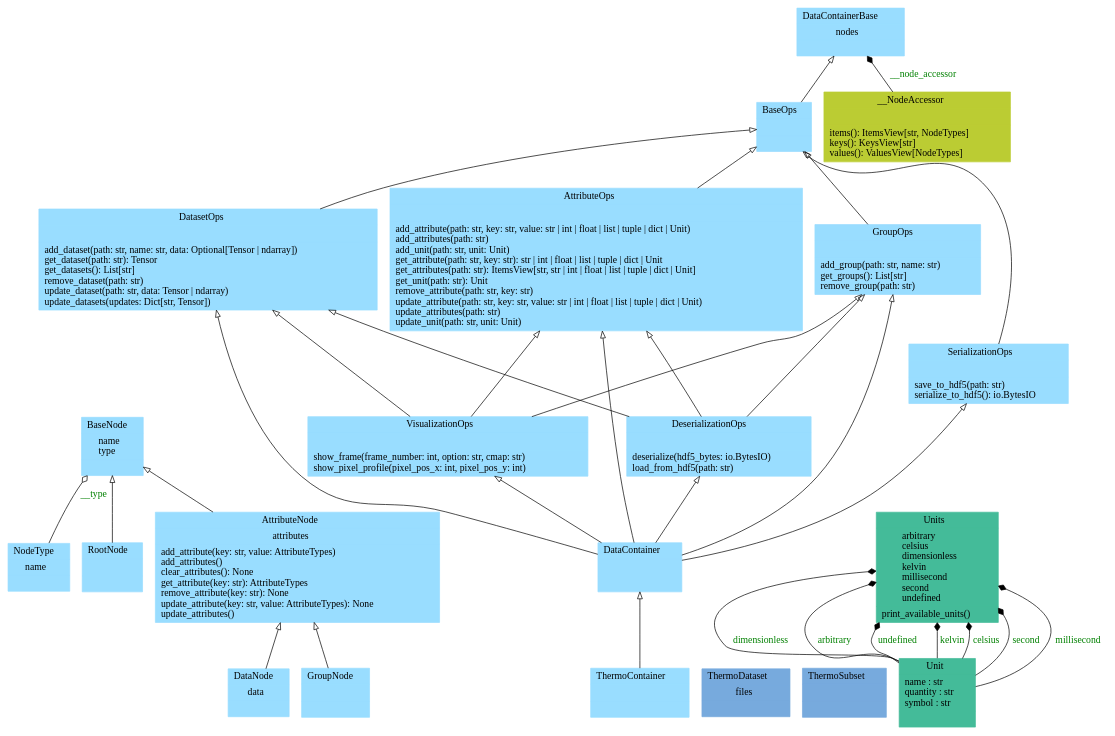
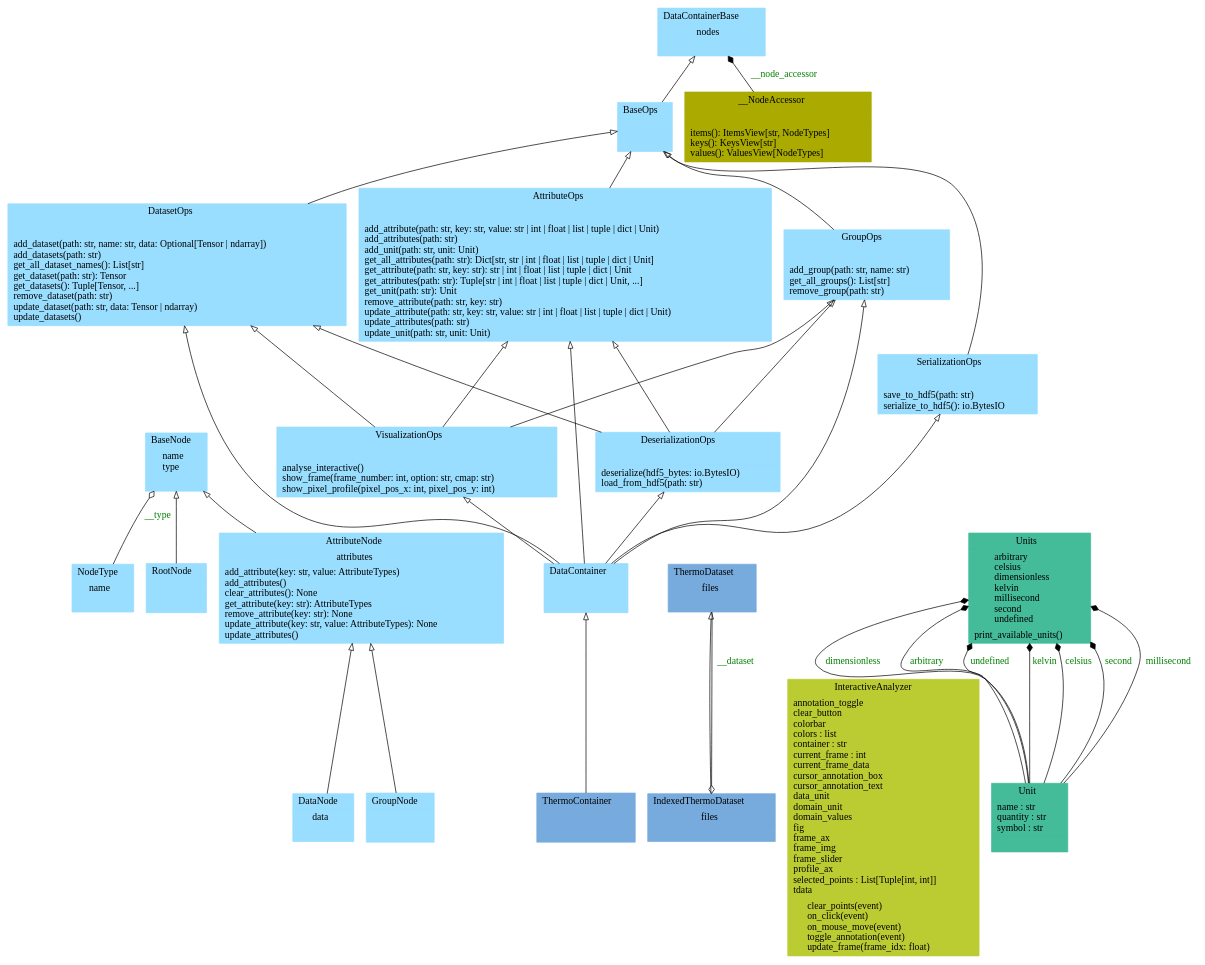
Before and after one commit to voidsy-gmbh/pyThermoNDT: the diagram in docs/pyreverse/classes_pythermondt.data.gv, drawn with Graphviz. The commit also changed 21 other files, not shown here.

Commit message:
Update pyreverse diagrams

```diff
--- a/docs/pyreverse/classes_pythermondt.data.gv
+++ b/docs/pyreverse/classes_pythermondt.data.gv
@@ -2,26 +2,27 @@
 rankdir=BT
 charset="utf-8"
 "pythermondt.data.datacontainer.node.AttributeNode" [color="#99DDFF", fontcolor="black", label=<{AttributeNode|attributes<br ALIGN="LEFT"/>|add_attribute(key: str, value: AttributeTypes)<br ALIGN="LEFT"/>add_attributes()<br ALIGN="LEFT"/>clear_attributes(): None<br ALIGN="LEFT"/>get_attribute(key: str): AttributeTypes<br ALIGN="LEFT"/>remove_attribute(key: str): None<br ALIGN="LEFT"/>update_attribute(key: str, value: AttributeTypes): None<br ALIGN="LEFT"/>update_attributes()<br ALIGN="LEFT"/>}>, shape="record", style="filled"];
-"pythermondt.data.datacontainer.attribute_ops.AttributeOps" [color="#99DDFF", fontcolor="black", label=<{AttributeOps|<br ALIGN="LEFT"/>|add_attribute(path: str, key: str, value: str \| int \| float \| list \| tuple \| dict \| Unit)<br ALIGN="LEFT"/>add_attributes(path: str)<br ALIGN="LEFT"/>add_unit(path: str, unit: Unit)<br ALIGN="LEFT"/>get_attribute(path: str, key: str): str \| int \| float \| list \| tuple \| dict \| Unit<br ALIGN="LEFT"/>get_attributes(path: str): ItemsView[str, str \| int \| float \| list \| tuple \| dict \| Unit]<br ALIGN="LEFT"/>get_unit(path: str): Unit<br ALIGN="LEFT"/>remove_attribute(path: str, key: str)<br ALIGN="LEFT"/>update_attribute(path: str, key: str, value: str \| int \| float \| list \| tuple \| dict \| Unit)<br ALIGN="LEFT"/>update_attributes(path: str)<br ALIGN="LEFT"/>update_unit(path: str, unit: Unit)<br ALIGN="LEFT"/>}>, shape="record", style="filled"];
+"pythermondt.data.datacontainer.attribute_ops.AttributeOps" [color="#99DDFF", fontcolor="black", label=<{AttributeOps|<br ALIGN="LEFT"/>|add_attribute(path: str, key: str, value: str \| int \| float \| list \| tuple \| dict \| Unit)<br ALIGN="LEFT"/>add_attributes(path: str)<br ALIGN="LEFT"/>add_unit(path: str, unit: Unit)<br ALIGN="LEFT"/>get_all_attributes(path: str): Dict[str, str \| int \| float \| list \| tuple \| dict \| Unit]<br ALIGN="LEFT"/>get_attribute(path: str, key: str): str \| int \| float \| list \| tuple \| dict \| Unit<br ALIGN="LEFT"/>get_attributes(path: str): Tuple[str \| int \| float \| list \| tuple \| dict \| Unit, ...]<br ALIGN="LEFT"/>get_unit(path: str): Unit<br ALIGN="LEFT"/>remove_attribute(path: str, key: str)<br ALIGN="LEFT"/>update_attribute(path: str, key: str, value: str \| int \| float \| list \| tuple \| dict \| Unit)<br ALIGN="LEFT"/>update_attributes(path: str)<br ALIGN="LEFT"/>update_unit(path: str, unit: Unit)<br ALIGN="LEFT"/>}>, shape="record", style="filled"];
 "pythermondt.data.datacontainer.node.BaseNode" [color="#99DDFF", fontcolor="black", label=<{BaseNode|name<br ALIGN="LEFT"/>type<br ALIGN="LEFT"/>|}>, shape="record", style="filled"];
 "pythermondt.data.datacontainer.base.BaseOps" [color="#99DDFF", fontcolor="black", label=<{BaseOps|<br ALIGN="LEFT"/>|}>, shape="record", style="filled"];
 "pythermondt.data.datacontainer.core.DataContainer" [color="#99DDFF", fontcolor="black", label=<{DataContainer|<br ALIGN="LEFT"/>|}>, shape="record", style="filled"];
 "pythermondt.data.datacontainer.base.DataContainerBase" [color="#99DDFF", fontcolor="black", label=<{DataContainerBase|nodes<br ALIGN="LEFT"/>|}>, shape="record", style="filled"];
 "pythermondt.data.datacontainer.node.DataNode" [color="#99DDFF", fontcolor="black", label=<{DataNode|data<br ALIGN="LEFT"/>|}>, shape="record", style="filled"];
-"pythermondt.data.datacontainer.dataset_ops.DatasetOps" [color="#99DDFF", fontcolor="black", label=<{DatasetOps|<br ALIGN="LEFT"/>|add_dataset(path: str, name: str, data: Optional[Tensor \| ndarray])<br ALIGN="LEFT"/>get_dataset(path: str): Tensor<br ALIGN="LEFT"/>get_datasets(): List[str]<br ALIGN="LEFT"/>remove_dataset(path: str)<br ALIGN="LEFT"/>update_dataset(path: str, data: Tensor \| ndarray)<br ALIGN="LEFT"/>update_datasets(updates: Dict[str, Tensor])<br ALIGN="LEFT"/>}>, shape="record", style="filled"];
+"pythermondt.data.datacontainer.dataset_ops.DatasetOps" [color="#99DDFF", fontcolor="black", label=<{DatasetOps|<br ALIGN="LEFT"/>|add_dataset(path: str, name: str, data: Optional[Tensor \| ndarray])<br ALIGN="LEFT"/>add_datasets(path: str)<br ALIGN="LEFT"/>get_all_dataset_names(): List[str]<br ALIGN="LEFT"/>get_dataset(path: str): Tensor<br ALIGN="LEFT"/>get_datasets(): Tuple[Tensor, ...]<br ALIGN="LEFT"/>remove_dataset(path: str)<br ALIGN="LEFT"/>update_dataset(path: str, data: Tensor \| ndarray)<br ALIGN="LEFT"/>update_datasets()<br ALIGN="LEFT"/>}>, shape="record", style="filled"];
 "pythermondt.data.datacontainer.serialization_ops.DeserializationOps" [color="#99DDFF", fontcolor="black", label=<{DeserializationOps|<br ALIGN="LEFT"/>|deserialize(hdf5_bytes: io.BytesIO)<br ALIGN="LEFT"/>load_from_hdf5(path: str)<br ALIGN="LEFT"/>}>, shape="record", style="filled"];
 "pythermondt.data.datacontainer.node.GroupNode" [color="#99DDFF", fontcolor="black", label=<{GroupNode|<br ALIGN="LEFT"/>|}>, shape="record", style="filled"];
-"pythermondt.data.datacontainer.group_ops.GroupOps" [color="#99DDFF", fontcolor="black", label=<{GroupOps|<br ALIGN="LEFT"/>|add_group(path: str, name: str)<br ALIGN="LEFT"/>get_groups(): List[str]<br ALIGN="LEFT"/>remove_group(path: str)<br ALIGN="LEFT"/>}>, shape="record", style="filled"];
+"pythermondt.data.datacontainer.group_ops.GroupOps" [color="#99DDFF", fontcolor="black", label=<{GroupOps|<br ALIGN="LEFT"/>|add_group(path: str, name: str)<br ALIGN="LEFT"/>get_all_groups(): List[str]<br ALIGN="LEFT"/>remove_group(path: str)<br ALIGN="LEFT"/>}>, shape="record", style="filled"];
+"pythermondt.data.thermo_dataset.IndexedThermoDataset" [color="#77AADD", fontcolor="black", label=<{IndexedThermoDataset|files<br ALIGN="LEFT"/>|}>, shape="record", style="filled"];
+"pythermondt.data.datacontainer.visualization_ops.VisualizationOps.InteractiveAnalyzer" [color="#BBCC33", fontcolor="black", label=<{InteractiveAnalyzer|annotation_toggle<br ALIGN="LEFT"/>clear_button<br ALIGN="LEFT"/>colorbar<br ALIGN="LEFT"/>colors : list<br ALIGN="LEFT"/>container : str<br ALIGN="LEFT"/>current_frame : int<br ALIGN="LEFT"/>current_frame_data<br ALIGN="LEFT"/>cursor_annotation_box<br ALIGN="LEFT"/>cursor_annotation_text<br ALIGN="LEFT"/>data_unit<br ALIGN="LEFT"/>domain_unit<br ALIGN="LEFT"/>domain_values<br ALIGN="LEFT"/>fig<br ALIGN="LEFT"/>frame_ax<br ALIGN="LEFT"/>frame_img<br ALIGN="LEFT"/>frame_slider<br ALIGN="LEFT"/>profile_ax<br ALIGN="LEFT"/>selected_points : List[Tuple[int, int]]<br ALIGN="LEFT"/>tdata<br ALIGN="LEFT"/>|clear_points(event)<br ALIGN="LEFT"/>on_click(event)<br ALIGN="LEFT"/>on_mouse_move(event)<br ALIGN="LEFT"/>toggle_annotation(event)<br ALIGN="LEFT"/>update_frame(frame_idx: float)<br ALIGN="LEFT"/>}>, shape="record", style="filled"];
 "pythermondt.data.datacontainer.node.NodeType" [color="#99DDFF", fontcolor="black", label=<{NodeType|name<br ALIGN="LEFT"/>|}>, shape="record", style="filled"];
 "pythermondt.data.datacontainer.node.RootNode" [color="#99DDFF", fontcolor="black", label=<{RootNode|<br ALIGN="LEFT"/>|}>, shape="record", style="filled"];
 "pythermondt.data.datacontainer.serialization_ops.SerializationOps" [color="#99DDFF", fontcolor="black", label=<{SerializationOps|<br ALIGN="LEFT"/>|save_to_hdf5(path: str)<br ALIGN="LEFT"/>serialize_to_hdf5(): io.BytesIO<br ALIGN="LEFT"/>}>, shape="record", style="filled"];
-"pythermondt.data.datacontainer.core.ThermoContainer" [color="#99DDFF", fontcolor="black", label=<{ThermoContainer|<br ALIGN="LEFT"/>|}>, shape="record", style="filled"];
+"pythermondt.data.thermo_container.ThermoContainer" [color="#77AADD", fontcolor="black", label=<{ThermoContainer|<br ALIGN="LEFT"/>|}>, shape="record", style="filled"];
 "pythermondt.data.thermo_dataset.ThermoDataset" [color="#77AADD", fontcolor="black", label=<{ThermoDataset|files<br ALIGN="LEFT"/>|}>, shape="record", style="filled"];
-"pythermondt.data.thermo_subset.ThermoSubset" [color="#77AADD", fontcolor="black", label=<{ThermoSubset|<br ALIGN="LEFT"/>|}>, shape="record", style="filled"];
 "pythermondt.data.units._unit.Unit" [color="#44BB99", fontcolor="black", label=<{Unit|name : str<br ALIGN="LEFT"/>quantity : str<br ALIGN="LEFT"/>symbol : str<br ALIGN="LEFT"/>|}>, shape="record", style="filled"];
 "pythermondt.data.units.units.Units" [color="#44BB99", fontcolor="black", label=<{Units|arbitrary<br ALIGN="LEFT"/>celsius<br ALIGN="LEFT"/>dimensionless<br ALIGN="LEFT"/>kelvin<br ALIGN="LEFT"/>millisecond<br ALIGN="LEFT"/>second<br ALIGN="LEFT"/>undefined<br ALIGN="LEFT"/>|print_available_units()<br ALIGN="LEFT"/>}>, shape="record", style="filled"];
-"pythermondt.data.datacontainer.visualization_ops.VisualizationOps" [color="#99DDFF", fontcolor="black", label=<{VisualizationOps|<br ALIGN="LEFT"/>|show_frame(frame_number: int, option: str, cmap: str)<br ALIGN="LEFT"/>show_pixel_profile(pixel_pos_x: int, pixel_pos_y: int)<br ALIGN="LEFT"/>}>, shape="record", style="filled"];
-"pythermondt.data.datacontainer.base.DataContainerBase.__NodeAccessor" [color="#BBCC33", fontcolor="black", label=<{__NodeAccessor|<br ALIGN="LEFT"/>|items(): ItemsView[str, NodeTypes]<br ALIGN="LEFT"/>keys(): KeysView[str]<br ALIGN="LEFT"/>values(): ValuesView[NodeTypes]<br ALIGN="LEFT"/>}>, shape="record", style="filled"];
+"pythermondt.data.datacontainer.visualization_ops.VisualizationOps" [color="#99DDFF", fontcolor="black", label=<{VisualizationOps|<br ALIGN="LEFT"/>|analyse_interactive()<br ALIGN="LEFT"/>show_frame(frame_number: int, option: str, cmap: str)<br ALIGN="LEFT"/>show_pixel_profile(pixel_pos_x: int, pixel_pos_y: int)<br ALIGN="LEFT"/>}>, shape="record", style="filled"];
+"pythermondt.data.datacontainer.base.DataContainerBase.__NodeAccessor" [color="#AAAA00", fontcolor="black", label=<{__NodeAccessor|<br ALIGN="LEFT"/>|items(): ItemsView[str, NodeTypes]<br ALIGN="LEFT"/>keys(): KeysView[str]<br ALIGN="LEFT"/>values(): ValuesView[NodeTypes]<br ALIGN="LEFT"/>}>, shape="record", style="filled"];
 "pythermondt.data.datacontainer.attribute_ops.AttributeOps" -> "pythermondt.data.datacontainer.base.BaseOps" [arrowhead="empty", arrowtail="none"];
 "pythermondt.data.datacontainer.base.BaseOps" -> "pythermondt.data.datacontainer.base.DataContainerBase" [arrowhead="empty", arrowtail="none"];
 "pythermondt.data.datacontainer.core.DataContainer" -> "pythermondt.data.datacontainer.attribute_ops.AttributeOps" [arrowhead="empty", arrowtail="none"];
@@ -30,7 +31,6 @@
 "pythermondt.data.datacontainer.core.DataContainer" -> "pythermondt.data.datacontainer.serialization_ops.DeserializationOps" [arrowhead="empty", arrowtail="none"];
 "pythermondt.data.datacontainer.core.DataContainer" -> "pythermondt.data.datacontainer.serialization_ops.SerializationOps" [arrowhead="empty", arrowtail="none"];
 "pythermondt.data.datacontainer.core.DataContainer" -> "pythermondt.data.datacontainer.visualization_ops.VisualizationOps" [arrowhead="empty", arrowtail="none"];
-"pythermondt.data.datacontainer.core.ThermoContainer" -> "pythermondt.data.datacontainer.core.DataContainer" [arrowhead="empty", arrowtail="none"];
 "pythermondt.data.datacontainer.dataset_ops.DatasetOps" -> "pythermondt.data.datacontainer.base.BaseOps" [arrowhead="empty", arrowtail="none"];
 "pythermondt.data.datacontainer.group_ops.GroupOps" -> "pythermondt.data.datacontainer.base.BaseOps" [arrowhead="empty", arrowtail="none"];
 "pythermondt.data.datacontainer.node.AttributeNode" -> "pythermondt.data.datacontainer.node.BaseNode" [arrowhead="empty", arrowtail="none"];
@@ -44,6 +44,8 @@
 "pythermondt.data.datacontainer.visualization_ops.VisualizationOps" -> "pythermondt.data.datacontainer.attribute_ops.AttributeOps" [arrowhead="empty", arrowtail="none"];
 "pythermondt.data.datacontainer.visualization_ops.VisualizationOps" -> "pythermondt.data.datacontainer.dataset_ops.DatasetOps" [arrowhead="empty", arrowtail="none"];
 "pythermondt.data.datacontainer.visualization_ops.VisualizationOps" -> "pythermondt.data.datacontainer.group_ops.GroupOps" [arrowhead="empty", arrowtail="none"];
+"pythermondt.data.thermo_container.ThermoContainer" -> "pythermondt.data.datacontainer.core.DataContainer" [arrowhead="empty", arrowtail="none"];
+"pythermondt.data.thermo_dataset.IndexedThermoDataset" -> "pythermondt.data.thermo_dataset.ThermoDataset" [arrowhead="empty", arrowtail="none"];
 "pythermondt.data.datacontainer.base.DataContainerBase.__NodeAccessor" -> "pythermondt.data.datacontainer.base.DataContainerBase" [arrowhead="diamond", arrowtail="none", fontcolor="green", label="__node_accessor", style="solid"];
 "pythermondt.data.units._unit.Unit" -> "pythermondt.data.units.units.Units" [arrowhead="diamond", arrowtail="none", fontcolor="green", label="dimensionless", style="solid"];
 "pythermondt.data.units._unit.Unit" -> "pythermondt.data.units.units.Units" [arrowhead="diamond", arrowtail="none", fontcolor="green", label="arbitrary", style="solid"];
@@ -53,4 +55,5 @@
 "pythermondt.data.units._unit.Unit" -> "pythermondt.data.units.units.Units" [arrowhead="diamond", arrowtail="none", fontcolor="green", label="second", style="solid"];
 "pythermondt.data.units._unit.Unit" -> "pythermondt.data.units.units.Units" [arrowhead="diamond", arrowtail="none", fontcolor="green", label="millisecond", style="solid"];
 "pythermondt.data.datacontainer.node.NodeType" -> "pythermondt.data.datacontainer.node.BaseNode" [arrowhead="odiamond", arrowtail="none", fontcolor="green", label="__type", style="solid"];
+"pythermondt.data.thermo_dataset.ThermoDataset" -> "pythermondt.data.thermo_dataset.IndexedThermoDataset" [arrowhead="odiamond", arrowtail="none", fontcolor="green", label="__dataset", style="solid"];
 }
```
